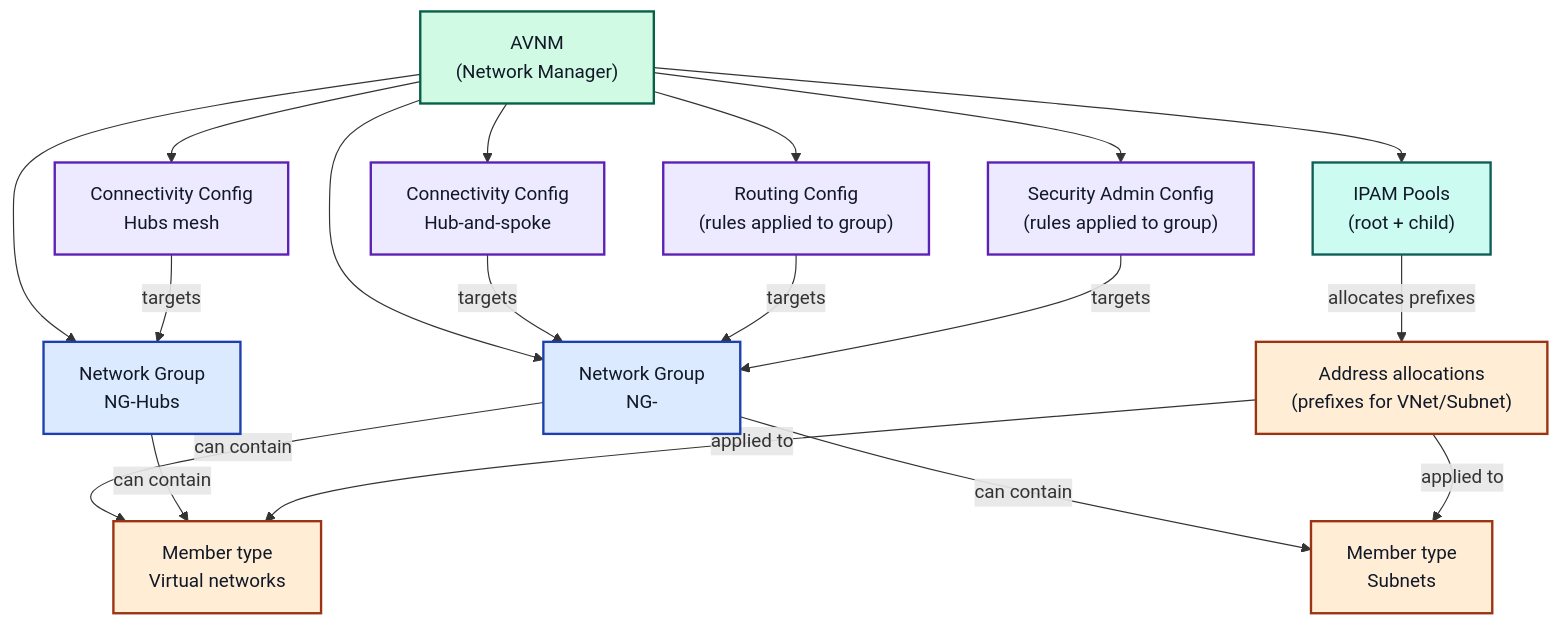
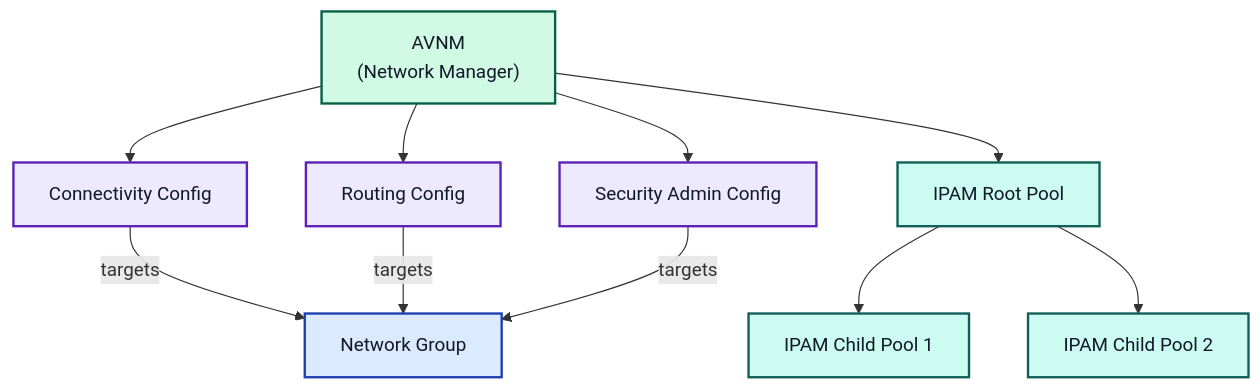
One commit to PieterbasNagengast/Azure-AVNM changed the diagram in README.md. Above: the diagram before and after it, drawn with Mermaid. The commit also changed other lines of this file, not shown here.

Commit message:
Refactor flowchart in README.md to improve clarity of AVNM configurations; enhance member types and IPAM structure representation

````diff
--- a/README.md
+++ b/README.md
@@ -115,56 +115,36 @@
 ```mermaid
 flowchart TB
 	AVNM["AVNM\n(Network Manager)"]
 
-	NGREG["Network Group\nNG-<location>"]
-	NGHUBS["Network Group\nNG-Hubs"]
+	CONN["Connectivity Config"]
+	ROUTE["Routing Config"]
+	SEC["Security Admin Config"]
+	NG["Network Group"]
 
-	VNETMEM["Member type\nVirtual networks"]
-	SUBNETMEM["Member type\nSubnets"]
+	IPAMROOT["IPAM Root Pool"]
+	IPAMCH1["IPAM Child Pool 1"]
+	IPAMCH2["IPAM Child Pool 2"]
 
-	CONNREG["Connectivity Config\nHub-and-spoke"]
-	CONNHUBS["Connectivity Config\nHubs mesh"]
-	ROUTE["Routing Config\n(rules applied to group)"]
-	SEC["Security Admin Config\n(rules applied to group)"]
-
-	IPAM["IPAM Pools\n(root + child)"]
-	ALLOC["Address allocations\n(prefixes for VNet/Subnet)"]
-
-	%% Relationships (conceptual)
-	AVNM --> NGREG
-	AVNM --> NGHUBS
-	AVNM --> CONNREG
-	AVNM --> CONNHUBS
+	AVNM --> CONN
 	AVNM --> ROUTE
 	AVNM --> SEC
-	AVNM --> IPAM
 
-	%% Group membership
-	NGREG -->|can contain| VNETMEM
-	NGREG -->|can contain| SUBNETMEM
-	NGHUBS -->|can contain| VNETMEM
+	CONN -->|targets| NG
+	ROUTE -->|targets| NG
+	SEC -->|targets| NG
 
-	%% Config targets
-	CONNREG -->|targets| NGREG
-	ROUTE -->|targets| NGREG
-	SEC -->|targets| NGREG
-	CONNHUBS -->|targets| NGHUBS
-
-	%% IP allocation
-	IPAM -->|allocates prefixes| ALLOC
-	ALLOC -->|applied to| VNETMEM
-	ALLOC -->|applied to| SUBNETMEM
+	AVNM --> IPAMROOT
+	IPAMROOT --> IPAMCH1
+	IPAMROOT --> IPAMCH2
 
 	%% higher-contrast color theme
 	classDef manager fill:#D1FAE5,stroke:#065F46,stroke-width:2px,color:#111827;
 	classDef group fill:#DBEAFE,stroke:#1E40AF,stroke-width:2px,color:#111827;
 	classDef config fill:#EDE9FE,stroke:#5B21B6,stroke-width:2px,color:#111827;
-	classDef network fill:#FFEDD5,stroke:#9A3412,stroke-width:2px,color:#111827;
 	classDef ipam fill:#CCFBF1,stroke:#115E59,stroke-width:2px,color:#111827;
 
 	class AVNM manager;
-	class NGREG,NGHUBS group;
-	class CONNREG,CONNHUBS,ROUTE,SEC config;
-	class VNETMEM,SUBNETMEM,ALLOC network;
-	class IPAM ipam;
+	class NG group;
+	class CONN,ROUTE,SEC config;
+	class IPAMROOT,IPAMCH1,IPAMCH2 ipam;
 ```
````
